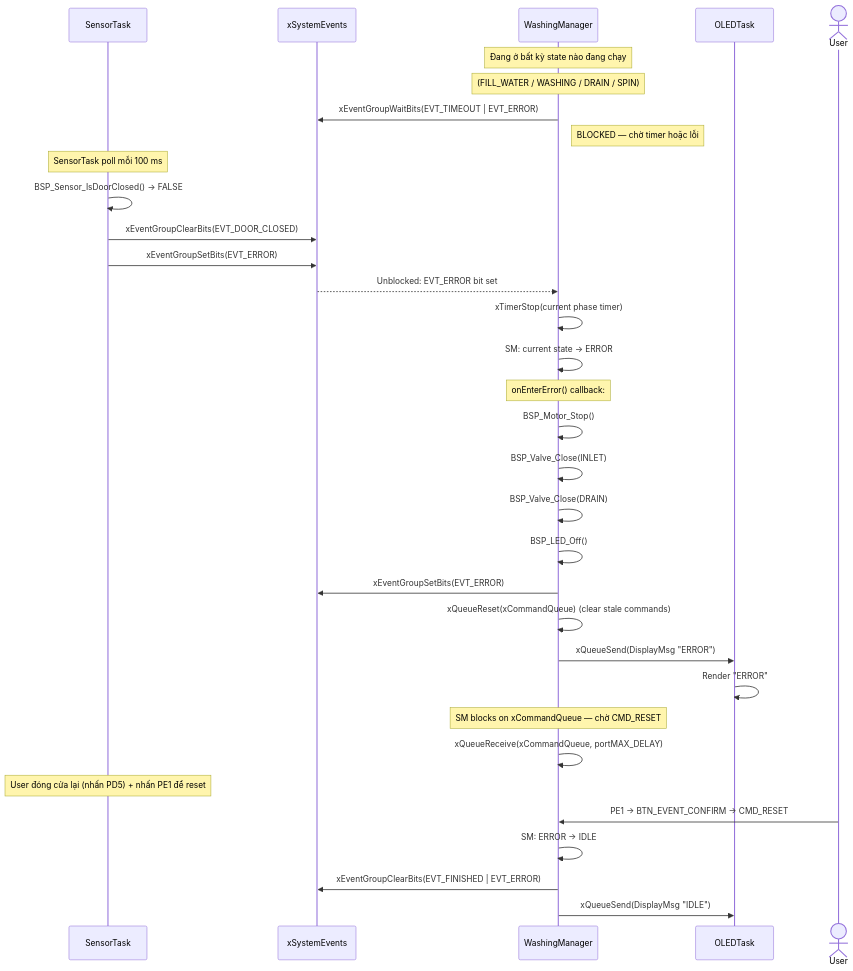
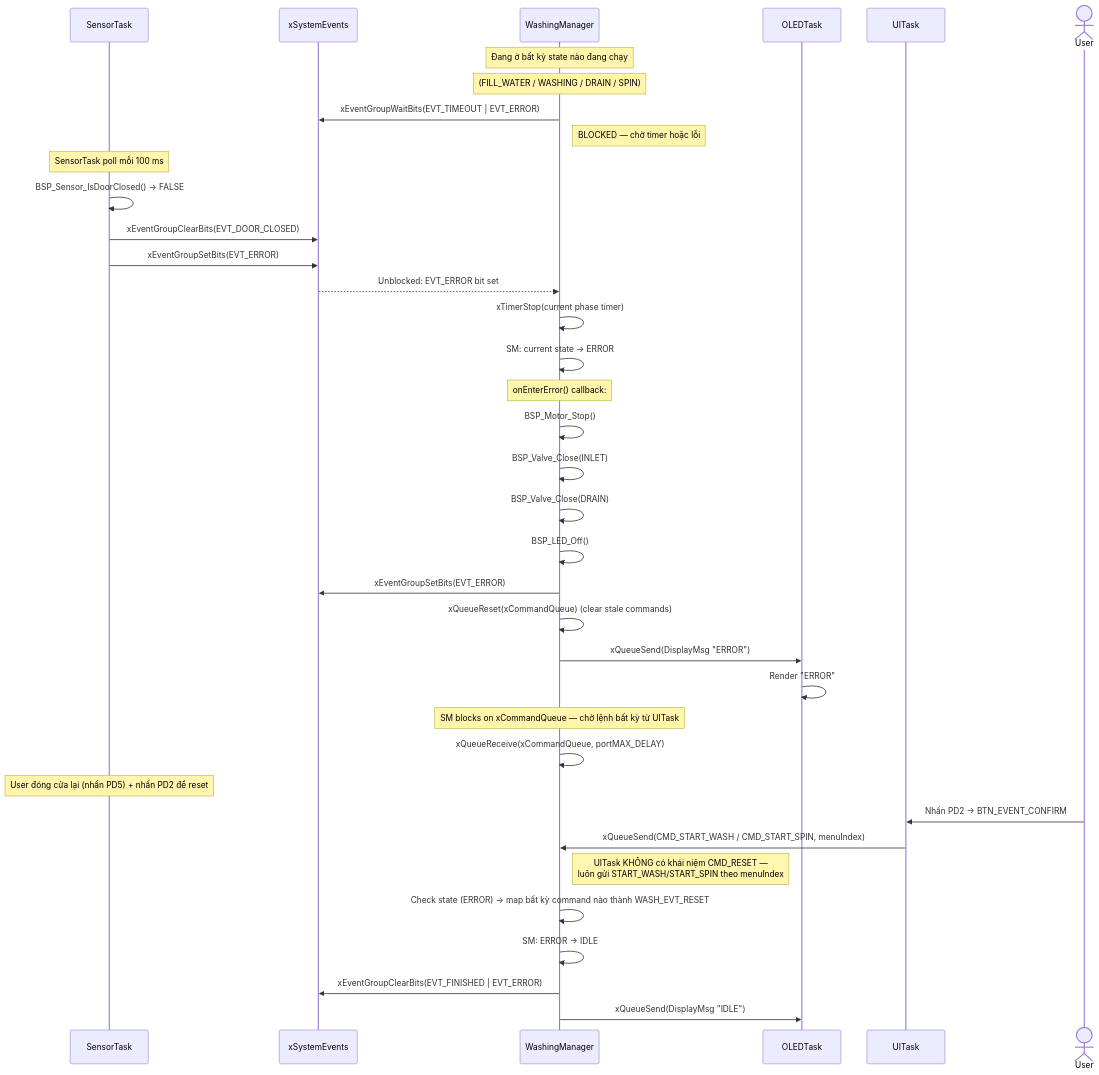
The fifth of 9 diagrams in docs/SYSTEM_DIAGRAMS.md (TTonyVi/Freertos_ST), drawn with Mermaid before and after one commit. The commit also changed other lines of this file and 18 other files, not shown here.

````diff
--- a/docs/SYSTEM_DIAGRAMS.md
+++ b/docs/SYSTEM_DIAGRAMS.md
@@ -283,41 +284,45 @@
 ```mermaid
 sequenceDiagram
     participant SENS as SensorTask
     participant EG   as xSystemEvents
     participant WASH as WashingManager
     participant OLED as OLEDTask
+    participant UI   as UITask
 
     Note over WASH: Đang ở bất kỳ state nào đang chạy
     Note over WASH: (FILL_WATER / WASHING / DRAIN / SPIN)
     WASH->>EG: xEventGroupWaitBits(EVT_TIMEOUT | EVT_ERROR)
     Note right of WASH: BLOCKED — chờ timer hoặc lỗi
 
     Note over SENS: SensorTask poll mỗi 100 ms
     SENS->>SENS: BSP_Sensor_IsDoorClosed() → FALSE
     SENS->>EG: xEventGroupClearBits(EVT_DOOR_CLOSED)
     SENS->>EG: xEventGroupSetBits(EVT_ERROR)
 
     EG-->>WASH: Unblocked: EVT_ERROR bit set
     WASH->>WASH: xTimerStop(current phase timer)
     WASH->>WASH: SM: current state → ERROR
 
     Note over WASH: onEnterError() callback:
     WASH->>WASH: BSP_Motor_Stop()
     WASH->>WASH: BSP_Valve_Close(INLET)
     WASH->>WASH: BSP_Valve_Close(DRAIN)
     WASH->>WASH: BSP_LED_Off()
     WASH->>EG: xEventGroupSetBits(EVT_ERROR)
     WASH->>WASH: xQueueReset(xCommandQueue) (clear stale commands)
     WASH->>OLED: xQueueSend(DisplayMsg "ERROR")
     OLED->>OLED: Render "ERROR"
 
-    Note over WASH: SM blocks on xCommandQueue — chờ CMD_RESET
+    Note over WASH: SM blocks on xCommandQueue — chờ lệnh bất kỳ từ UITask
     WASH->>WASH: xQueueReceive(xCommandQueue, portMAX_DELAY)
 
-    Note over SENS: User đóng cửa lại (nhấn PD5) + nhấn PE1 để reset
+    Note over SENS: User đóng cửa lại (nhấn PD5) + nhấn PD2 để reset
     actor User
-    User->>WASH: PE1 → BTN_EVENT_CONFIRM → CMD_RESET
+    User->>UI: Nhấn PD2 → BTN_EVENT_CONFIRM
+    UI->>WASH: xQueueSend(CMD_START_WASH / CMD_START_SPIN, menuIndex)
+    Note right of WASH: UITask KHÔNG có khái niệm CMD_RESET —<br/>luôn gửi START_WASH/START_SPIN theo menuIndex
+    WASH->>WASH: Check state (ERROR) → map bất kỳ command nào thành WASH_EVT_RESET
     WASH->>WASH: SM: ERROR → IDLE
     WASH->>EG: xEventGroupClearBits(EVT_FINISHED | EVT_ERROR)
     WASH->>OLED: xQueueSend(DisplayMsg "IDLE")
 ```
````
